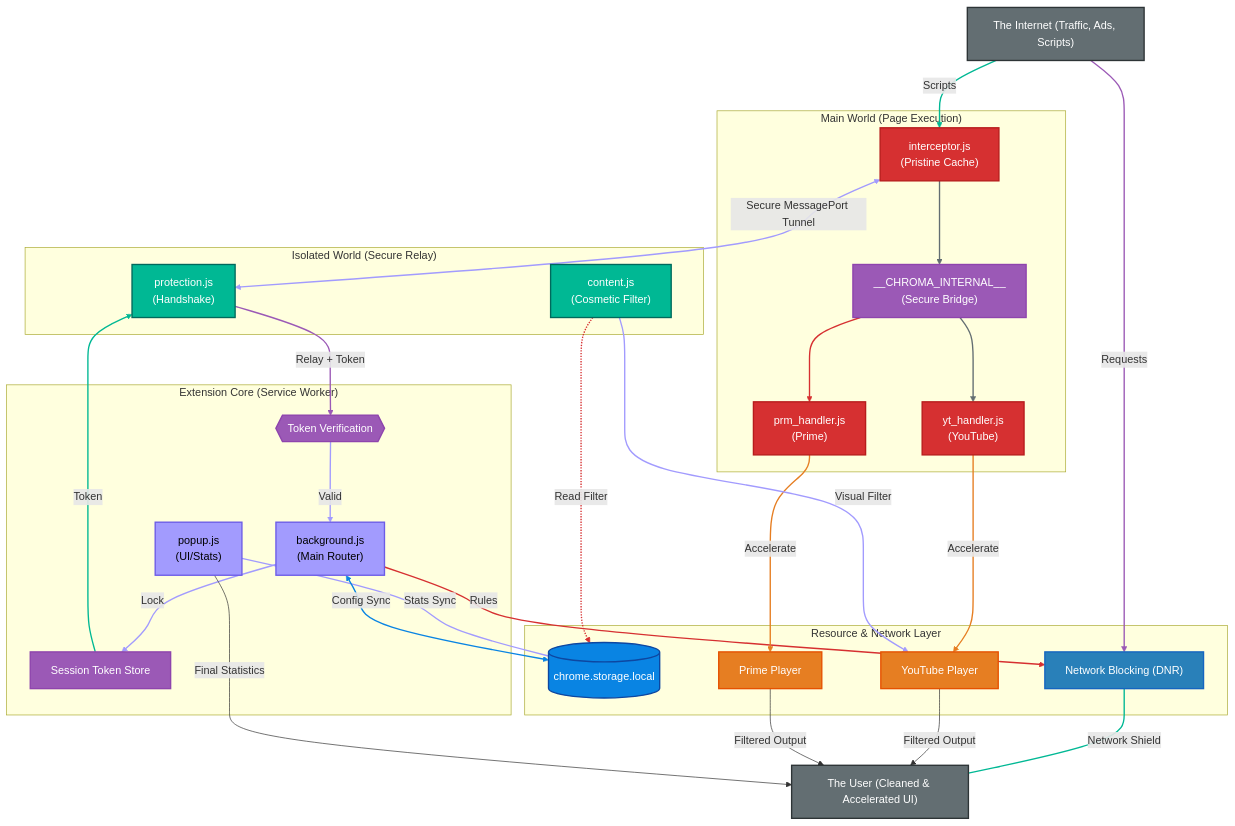
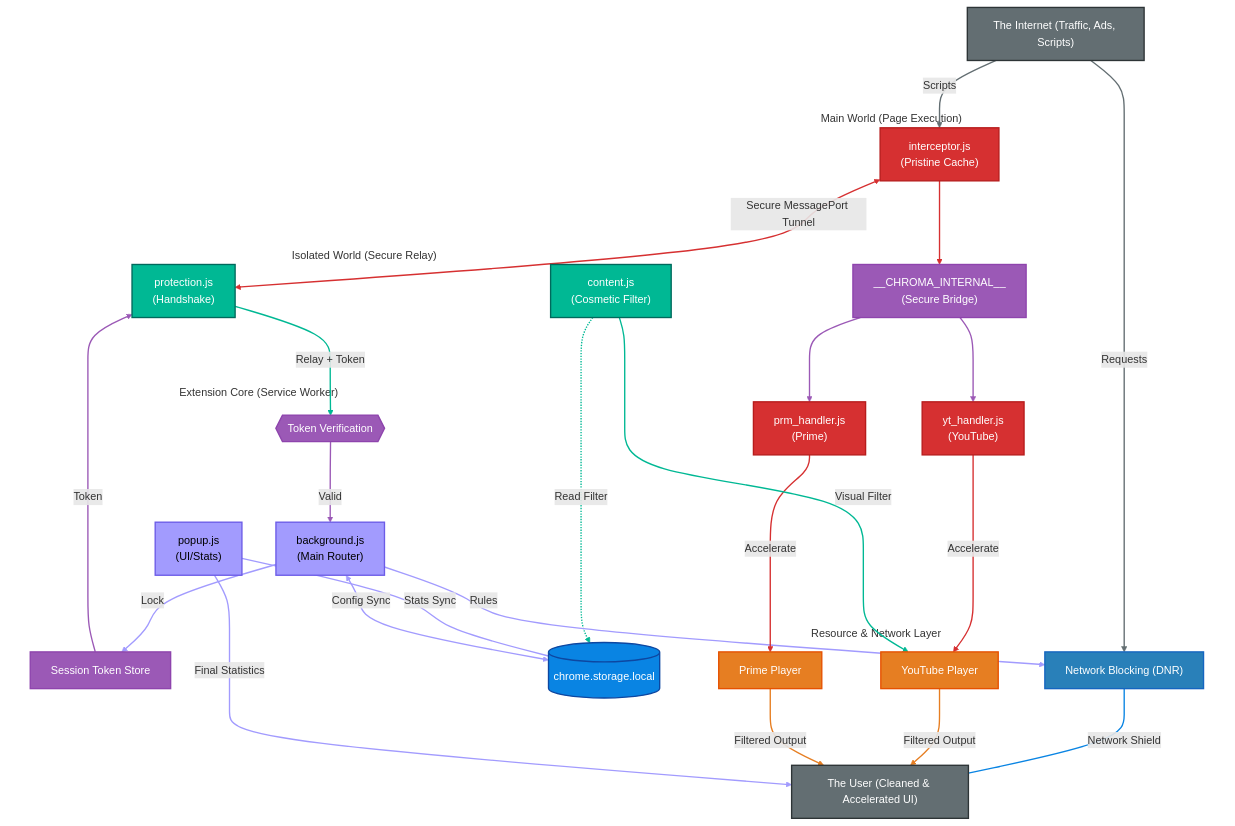
One commit to Dabrogost/Chroma-Ad-Blocker changed the diagram in README.md. Above: the diagram before and after it, drawn with Mermaid. The commit also changed other lines of this file, not shown here.

````diff
--- a/README.md
+++ b/README.md
@@ -105,18 +105,24 @@
     POPUP -- "Final Statistics" --> USER
 
     %% --- LOGIC TRACING (LINK STYLES) ---
-    %% Internet: Grey
-    linkStyle 0,1 stroke:#636e72,stroke-width:2px;
-    %% Main World: Red
-    linkStyle 2,12,13 stroke:#d63031,stroke-width:2px;
-    %% Isolated World: Green
-    linkStyle 3,9,14 stroke:#00b894,stroke-width:2px;
-    %% Secure Paths: Purple
-    linkStyle 4,6 stroke:#9b59b6,stroke-width:2px;
-    %% Core/SW Paths: Lavender
-    linkStyle 5,7,8,10,17 stroke:#a29bfe,stroke-width:2px;
-    %% Infrastructure Paths: Blue
-    linkStyle 11 stroke:#0984e3,stroke-width:2px;
-    %% DOM Outputs: Orange
-    linkStyle 15,16 stroke:#e67e22,stroke-width:2px;
+    %% 1. Internet: Grey (Links 3, 4)
+    linkStyle 3,4 stroke:#636e72,stroke-width:2px;
+    %% 2. Main World: Red (Links 0, 5, 15, 16)
+    linkStyle 0,5,15,16 stroke:#d63031,stroke-width:2px;
+    %% 3. Isolated World: Green (Links 6, 12, 17)
+    linkStyle 6,12,17 stroke:#00b894,stroke-width:2px;
+    %% 4. Secure Paths: Purple (Links 1, 2, 7, 9)
+    linkStyle 1,2,7,9 stroke:#9b59b6,stroke-width:2px;
+    %% 5. Core/SW Paths: Lavender (Links 8, 10, 11, 13, 20)
+    linkStyle 8,10,11,13,20 stroke:#a29bfe,stroke-width:2px;
+    %% 6. Infrastructure (DNR): Blue (Link 14)
+    linkStyle 14 stroke:#0984e3,stroke-width:2px;
+    %% 7. DOM Outputs: Orange (Links 18, 19)
+    linkStyle 18,19 stroke:#e67e22,stroke-width:2px;
+
+    %% --- HIDE SUBGRAPH BOXES ---
+    style MW fill:none,stroke:none
+    style IW fill:none,stroke:none
+    style SW fill:none,stroke:none
+    style System fill:none,stroke:none
 ```
````
